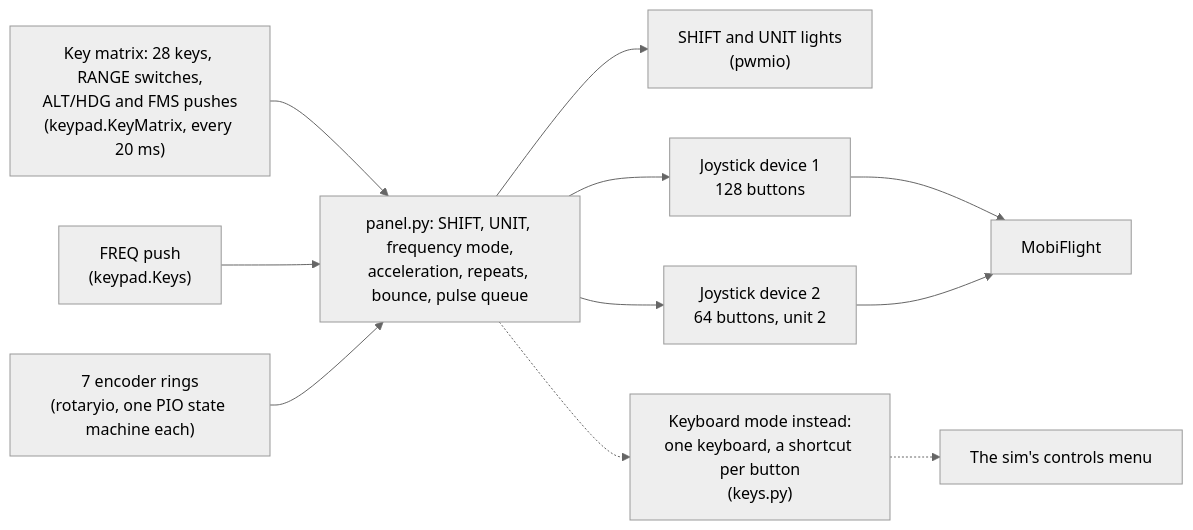
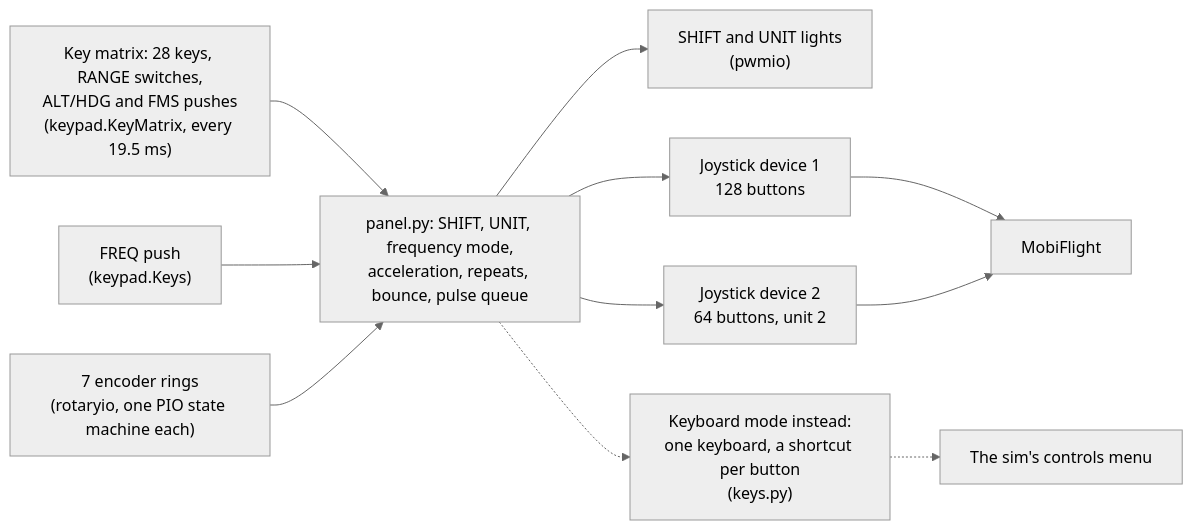
The first of 2 diagrams in docs/architecture/firmware.md (saschagrunert/avionics-panel), drawn with Mermaid (neutral theme) before and after one commit. The commit also changed other lines of this file and 18 other files, not shown here.

````diff
--- a/docs/architecture/firmware.md
+++ b/docs/architecture/firmware.md
@@ -6,20 +6,20 @@
 ```mermaid
 flowchart LR
-  matrix["Key matrix: 28 keys, RANGE switches,<br>ALT/HDG and FMS pushes<br>(keypad.KeyMatrix, every 20 ms)"]
+  matrix["Key matrix: 28 keys, RANGE switches,<br>ALT/HDG and FMS pushes<br>(keypad.KeyMatrix, every 19.5 ms)"]
   push["FREQ push<br>(keypad.Keys)"]
   rings["7 encoder rings<br>(rotaryio, one PIO state machine each)"]
   panel["panel.py: SHIFT, UNIT, frequency mode,<br>acceleration, repeats, bounce, pulse queue"]
   lights["SHIFT and UNIT lights<br>(pwmio)"]
   dev1["Joystick device 1<br>128 buttons"]
   dev2["Joystick device 2<br>64 buttons, unit 2"]
   pc["MobiFlight"]
   kbd["Keyboard mode instead:<br>one keyboard, a shortcut per button<br>(keys.py)"]
   sim["The sim's controls menu"]
   matrix --> panel
   push --> panel
   rings --> panel
   panel --> lights
   panel --> dev1 --> pc
   panel --> dev2 --> pc
   panel -.-> kbd -.-> sim
 ```
````
